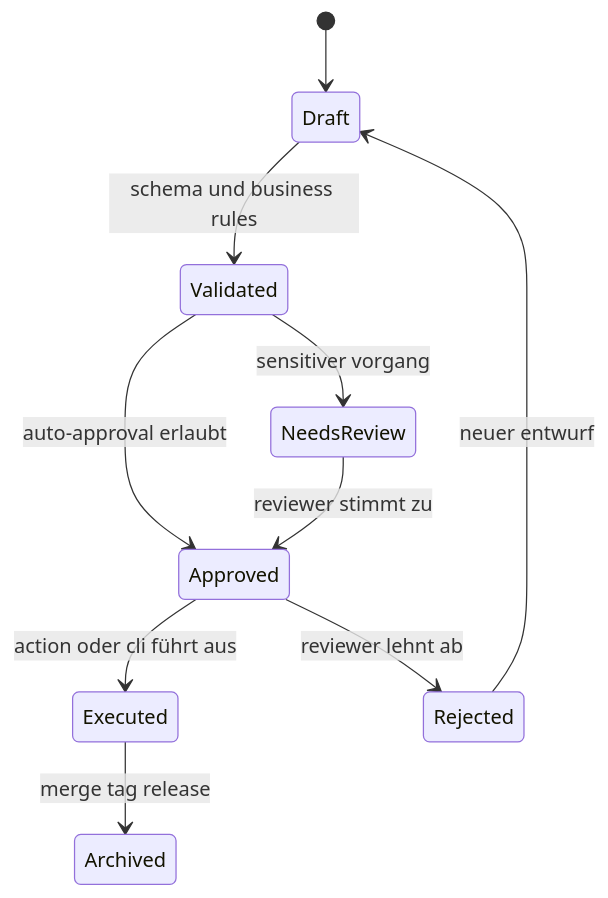
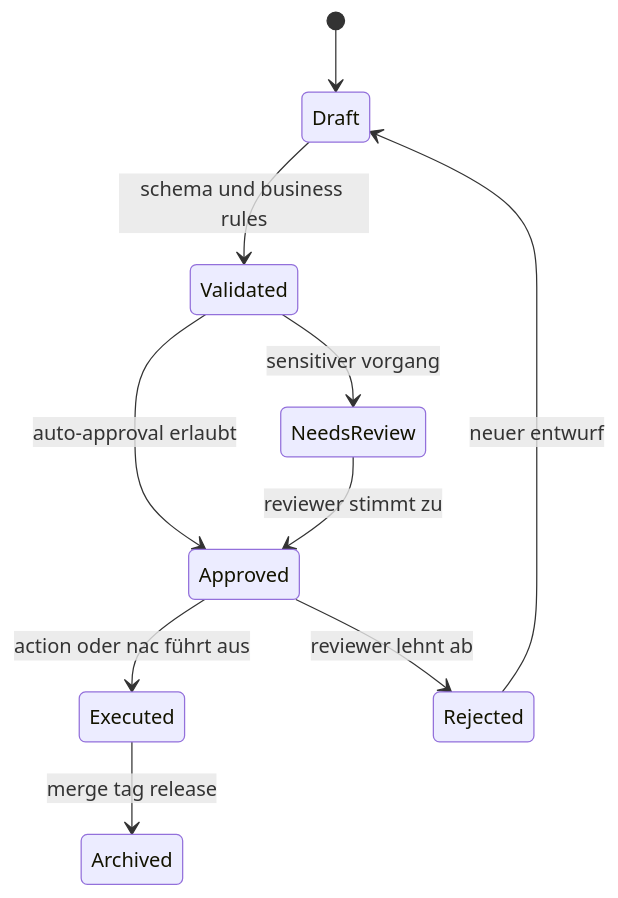
Before and after one commit to notariat8/NaC: the third of 4 diagrams in docs/de/architecture.md, drawn with Mermaid. The commit also changed other lines of this file and 15 other files, not shown here.

````diff
--- a/docs/de/architecture.md
+++ b/docs/de/architecture.md
@@ -50,12 +50,12 @@
 ```mermaid
 stateDiagram-v2
     [*] --> Draft
     Draft --> Validated: schema und business rules
     Validated --> NeedsReview: sensitiver vorgang
     Validated --> Approved: auto-approval erlaubt
     NeedsReview --> Approved: reviewer stimmt zu
-    Approved --> Executed: action oder cli führt aus
+    Approved --> Executed: action oder nac führt aus
     Executed --> Archived: merge tag release
     Approved --> Rejected: reviewer lehnt ab
     Rejected --> Draft: neuer entwurf
 ```
````
